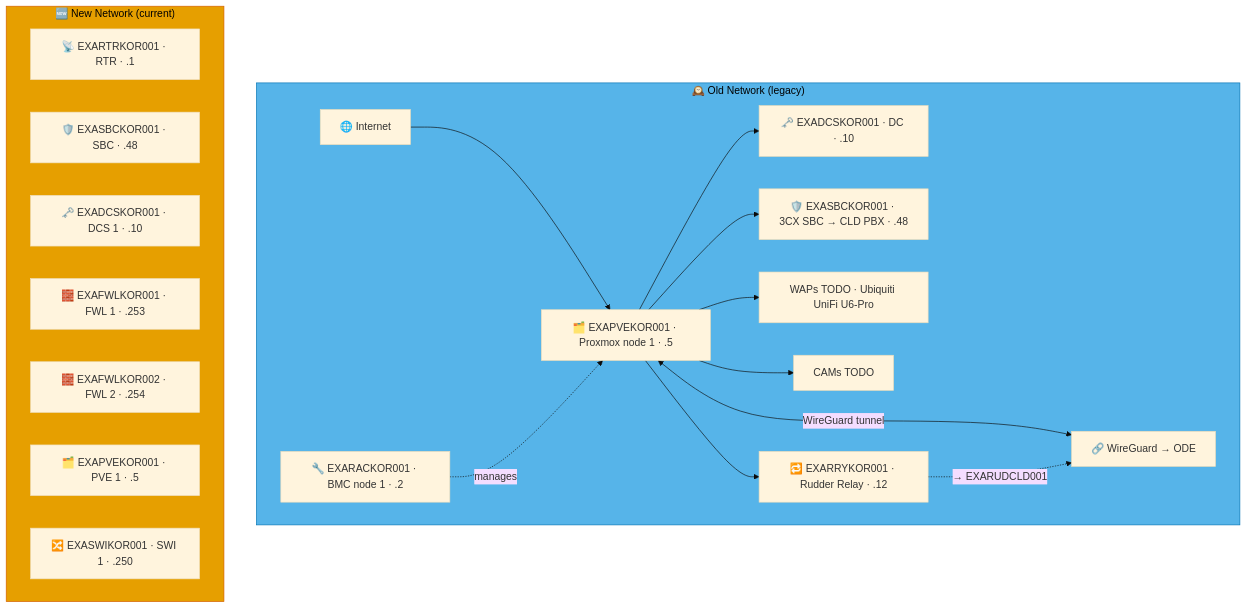
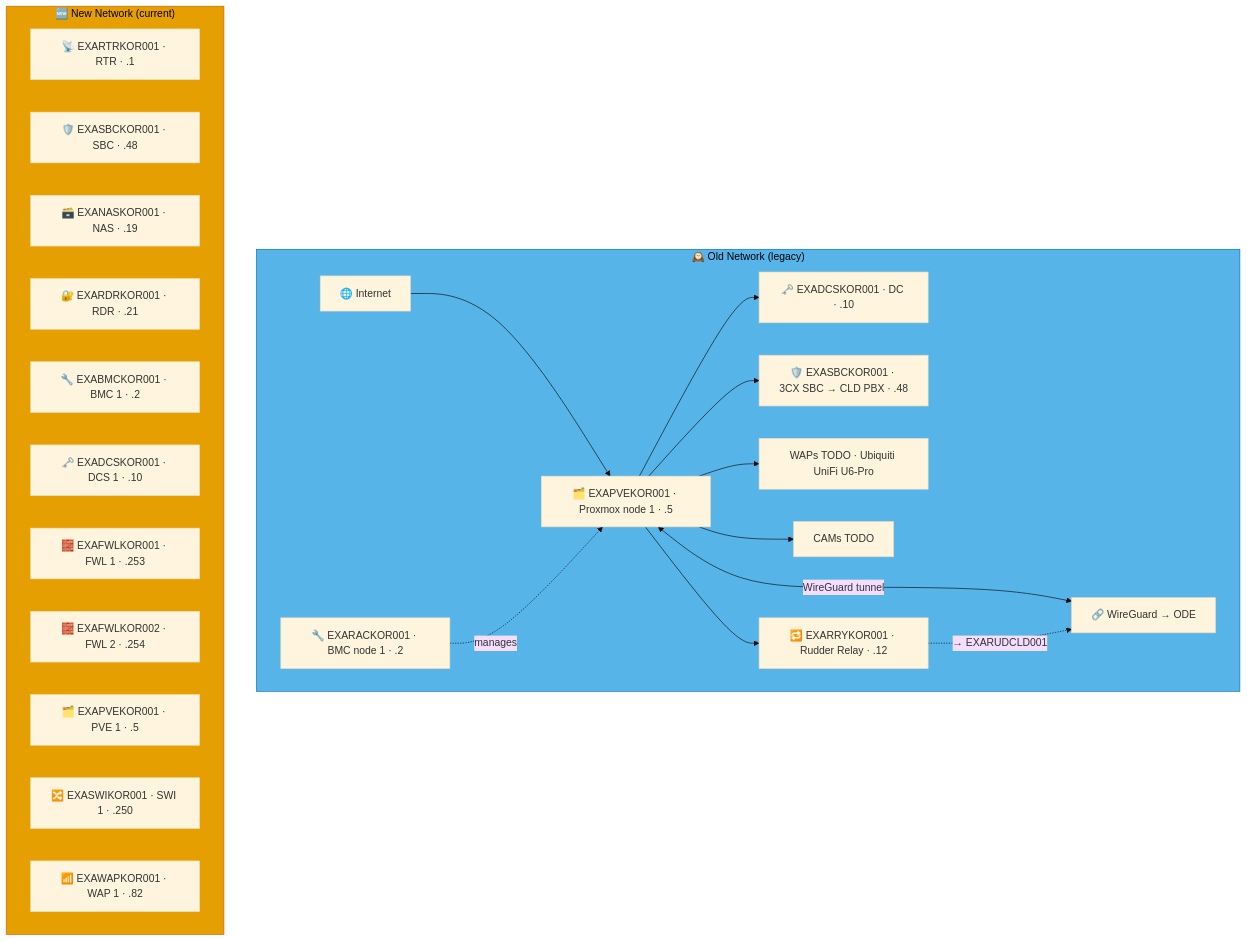
One commit to knightmare2600/example_music_infra changed the fifth of 9 diagrams in docs/network-diagram/danmark.md. Above: the diagram before and after it, drawn with Mermaid (base theme). The commit also changed other lines of this file and 15 other files, not shown here.

````diff
--- a/docs/network-diagram/danmark.md
+++ b/docs/network-diagram/danmark.md
@@ -231,35 +247,39 @@
 ```mermaid
 graph TD
     subgraph OLD_KOR ["🕰️ Old Network (legacy)"]
       INET["🌐 Internet"]
       RAC["🔧 EXARACKOR001 · BMC node 1 · .2"]
       PVE["🗂️ EXAPVEKOR001 · Proxmox node 1 · .5"]
       DC["🗝️ EXADCSKOR001 · DC · .10"]
       SBC["🛡️ EXASBCKOR001 · 3CX SBC → CLD PBX · .48"]
       RRY["🔁 EXARRYKOR001 · Rudder Relay · .12"]
       WAP["WAPs TODO · Ubiquiti UniFi U6-Pro"]
       CAM["CAMs TODO"]
       VPN["🔗 WireGuard → ODE"]
 
       INET --> PVE --> DC & SBC
       RAC -.->|"manages"| PVE
       PVE --> WAP & CAM
       PVE <-->|"WireGuard tunnel"| VPN
 
       PVE --> RRY
       RRY -. "→ EXARUDCLD001" .-> VPN
     end
     style OLD_KOR fill:#56B4E9,stroke:#0072B2,color:#000000
     %% GENERATED:NEW-NETWORK:KOR:START
     subgraph NEW_KOR ["🆕 New Network (current)"]
       N_RTR["📡 EXARTRKOR001 · RTR · .1"]
       N_SBC["🛡️ EXASBCKOR001 · SBC · .48"]
+      N_NAS["🗃️ EXANASKOR001 · NAS · .19"]
+      N_RDR["🔐 EXARDRKOR001 · RDR · .21"]
+      N_BMC["🔧 EXABMCKOR001 · BMC 1 · .2"]
       N_DCS["🗝️ EXADCSKOR001 · DCS 1 · .10"]
       N_FWL["🧱 EXAFWLKOR001 · FWL 1 · .253"]
       N_FWL2["🧱 EXAFWLKOR002 · FWL 2 · .254"]
       N_PVE["🗂️ EXAPVEKOR001 · PVE 1 · .5"]
       N_SWI["🔀 EXASWIKOR001 · SWI 1 · .250"]
+      N_WAP["📶 EXAWAPKOR001 · WAP 1 · .82"]
     end
     style NEW_KOR fill:#E69F00,stroke:#D55E00,color:#000000
     %% GENERATED:NEW-NETWORK:KOR:END
 ```
````
